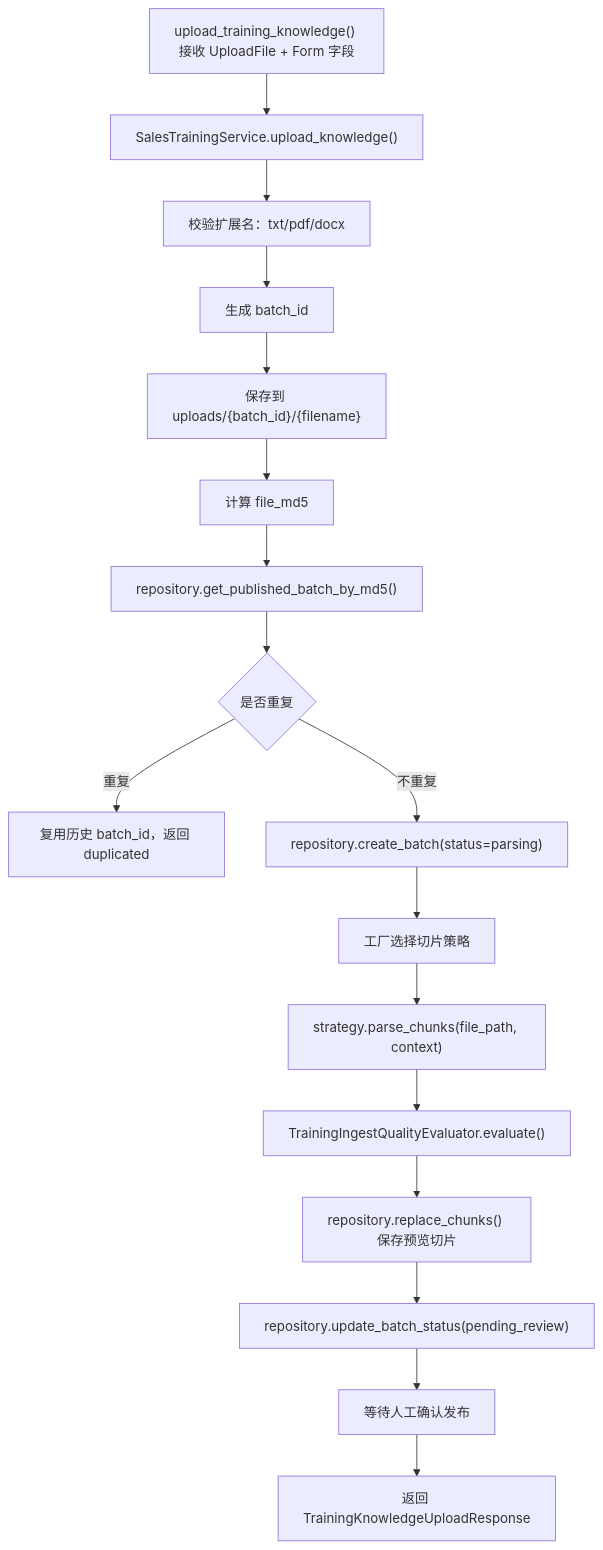
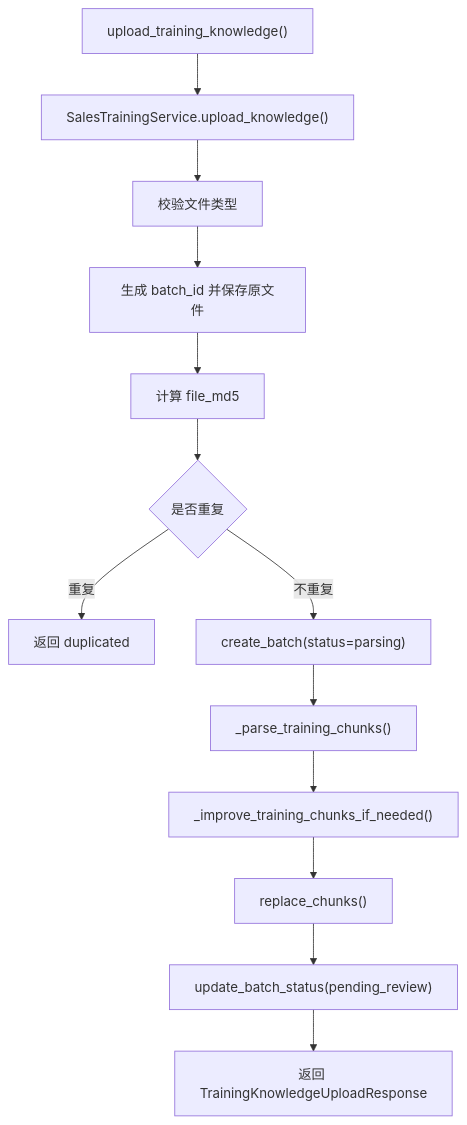
The third of 5 diagrams in docs/销售训练资料管理上传文件流程.md (chen-liang-22/AI_RAG_Agent_Project), drawn with Mermaid before and after one commit. The commit also changed other lines of this file and 6 other files, not shown here.

````diff
--- a/docs/销售训练资料管理上传文件流程.md
+++ b/docs/销售训练资料管理上传文件流程.md
@@ -104,19 +113,15 @@
 ```mermaid
 flowchart TD
-    A["upload_training_knowledge() 接收 UploadFile + Form 字段"] --> B["SalesTrainingService.upload_knowledge()"]
-    B --> C["校验扩展名：txt/pdf/docx"]
-    C --> D["生成 batch_id"]
-    D --> E["保存到 uploads/{batch_id}/{filename}"]
-    E --> F["计算 file_md5"]
-    F --> G["repository.get_published_batch_by_md5()"]
-    G --> H{"是否重复"}
-    H -- "重复" --> I["复用历史 batch_id，返回 duplicated"]
-    H -- "不重复" --> J["repository.create_batch(status=parsing)"]
-    J --> K["工厂选择切片策略"]
-    K --> L["strategy.parse_chunks(file_path, context)"]
-    L --> M["TrainingIngestQualityEvaluator.evaluate()"]
-    M --> N["repository.replace_chunks() 保存预览切片"]
-    N --> O["repository.update_batch_status(pending_review)"]
-    O --> P["等待人工确认发布"]
-    P --> Q["返回 TrainingKnowledgeUploadResponse"]
+    A["upload_training_knowledge()"] --> B["SalesTrainingService.upload_knowledge()"]
+    B --> C["校验文件类型"]
+    C --> D["生成 batch_id 并保存原文件"]
+    D --> E["计算 file_md5"]
+    E --> F{"是否重复"}
+    F -- "重复" --> G["返回 duplicated"]
+    F -- "不重复" --> H["create_batch(status=parsing)"]
+    H --> I["_parse_training_chunks()"]
+    I --> J["_improve_training_chunks_if_needed()"]
+    J --> K["replace_chunks()"]
+    K --> L["update_batch_status(pending_review)"]
+    L --> M["返回 TrainingKnowledgeUploadResponse"]
 ```
````
